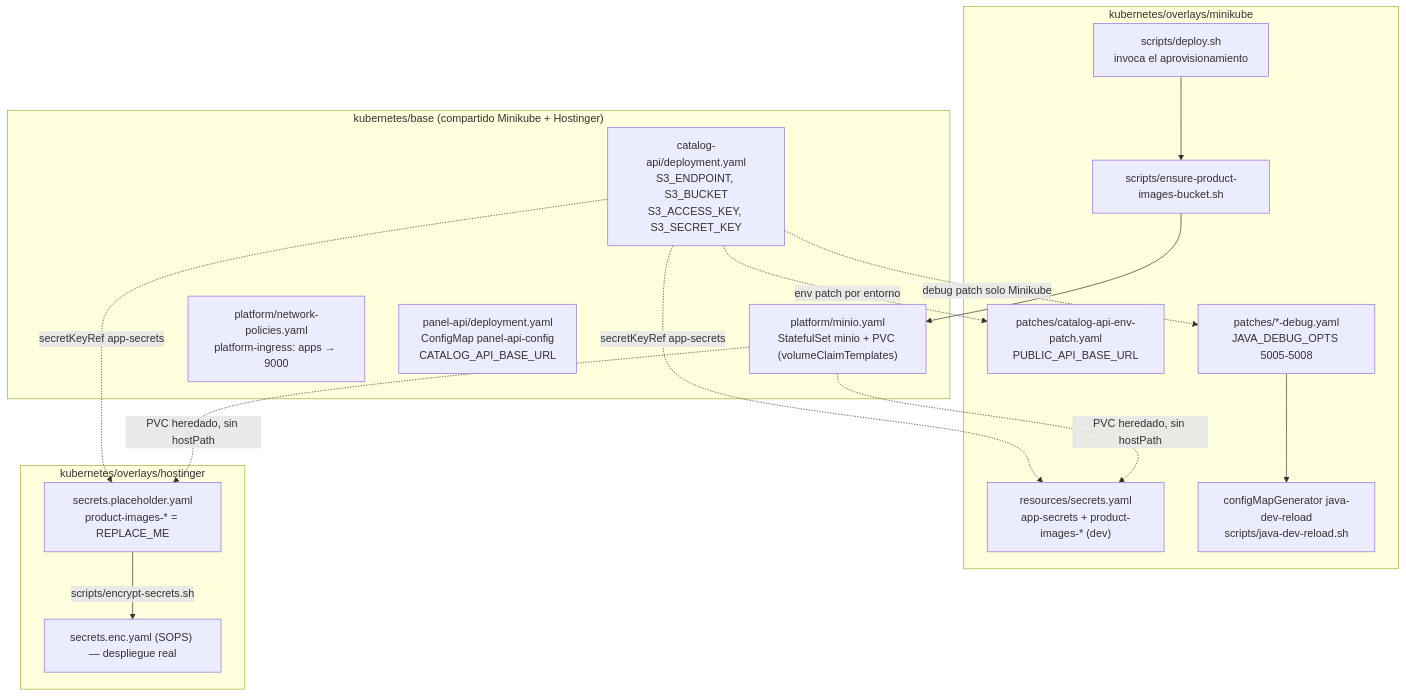
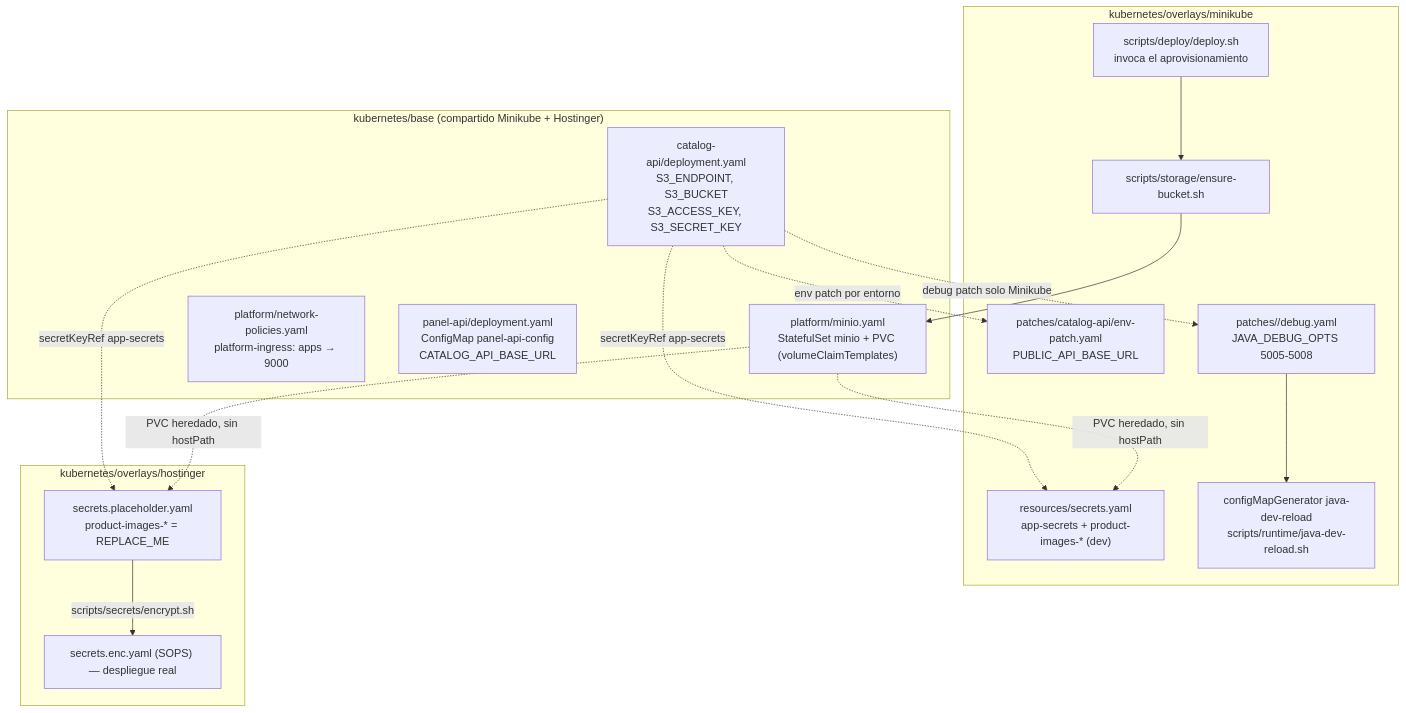
Before and after one commit to Dariosoft/fes-infra: the fourth of 8 diagrams in specs/002-product-image-storage/uml.md, drawn with Mermaid. The commit also changed other lines of this file and 3 other files, not shown here.

Commit message:
Reorganize scripts and Minikube patches; document conventions

````diff
--- a/specs/002-product-image-storage/uml.md
+++ b/specs/002-product-image-storage/uml.md
@@ -62,34 +99,34 @@
 ```mermaid
 flowchart TB
   subgraph base["kubernetes/base (compartido Minikube + Hostinger)"]
     BMIN["platform/minio.yaml\nStatefulSet minio + PVC (volumeClaimTemplates)"]
     BNP["platform/network-policies.yaml\nplatform-ingress: apps → 9000"]
     BCAT["catalog-api/deployment.yaml\nS3_ENDPOINT, S3_BUCKET\nS3_ACCESS_KEY, S3_SECRET_KEY"]
     BPAN["panel-api/deployment.yaml\nConfigMap panel-api-config\nCATALOG_API_BASE_URL"]
   end
 
   subgraph mk["kubernetes/overlays/minikube"]
     MKRES["resources/secrets.yaml\napp-secrets + product-images-* (dev)"]
-    MKENV["patches/catalog-api-env-patch.yaml\nPUBLIC_API_BASE_URL"]
-    MKDBG["patches/*-debug.yaml\nJAVA_DEBUG_OPTS 5005-5008"]
-    MKREL["configMapGenerator java-dev-reload\nscripts/java-dev-reload.sh"]
-    MKDEPLOY["scripts/deploy.sh\ninvoca el aprovisionamiento"]
-    MKSCRIPT["scripts/ensure-product-images-bucket.sh"]
+    MKENV["patches/catalog-api/env-patch.yaml\nPUBLIC_API_BASE_URL"]
+    MKDBG["patches/<proyecto>/debug.yaml\nJAVA_DEBUG_OPTS 5005-5008"]
+    MKREL["configMapGenerator java-dev-reload\nscripts/runtime/java-dev-reload.sh"]
+    MKDEPLOY["scripts/deploy/deploy.sh\ninvoca el aprovisionamiento"]
+    MKSCRIPT["scripts/storage/ensure-bucket.sh"]
   end
 
   subgraph hs["kubernetes/overlays/hostinger"]
     HSPH["secrets.placeholder.yaml\nproduct-images-* = REPLACE_ME"]
     HSENC["secrets.enc.yaml (SOPS) — despliegue real"]
   end
 
   BMIN -.->|PVC heredado, sin hostPath| MKRES
   BMIN -.->|PVC heredado, sin hostPath| HSPH
   BCAT -.->|secretKeyRef app-secrets| MKRES
   BCAT -.->|secretKeyRef app-secrets| HSPH
   BCAT -.->|env patch por entorno| MKENV
   BCAT -.->|debug patch solo Minikube| MKDBG
   MKDBG --> MKREL
   MKDEPLOY --> MKSCRIPT
   MKSCRIPT --> BMIN
-  HSPH -->|scripts/encrypt-secrets.sh| HSENC
+  HSPH -->|scripts/secrets/encrypt.sh| HSENC
 ```
````
